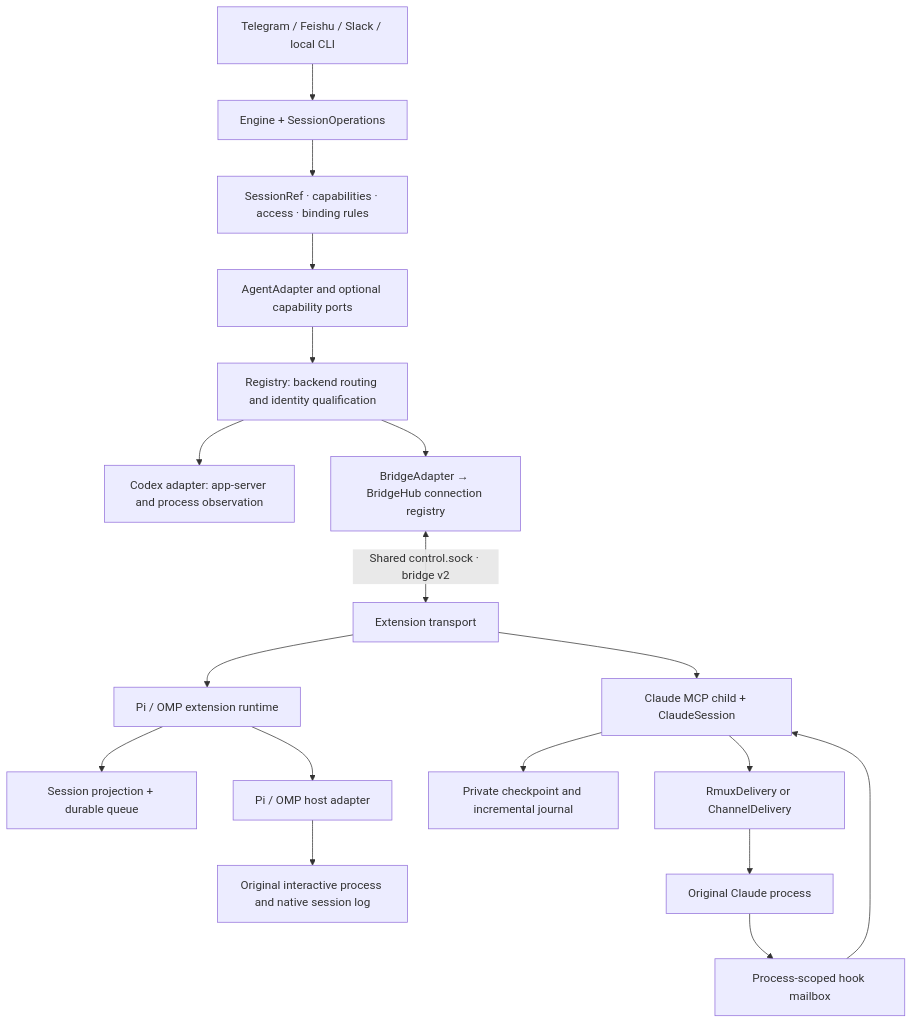
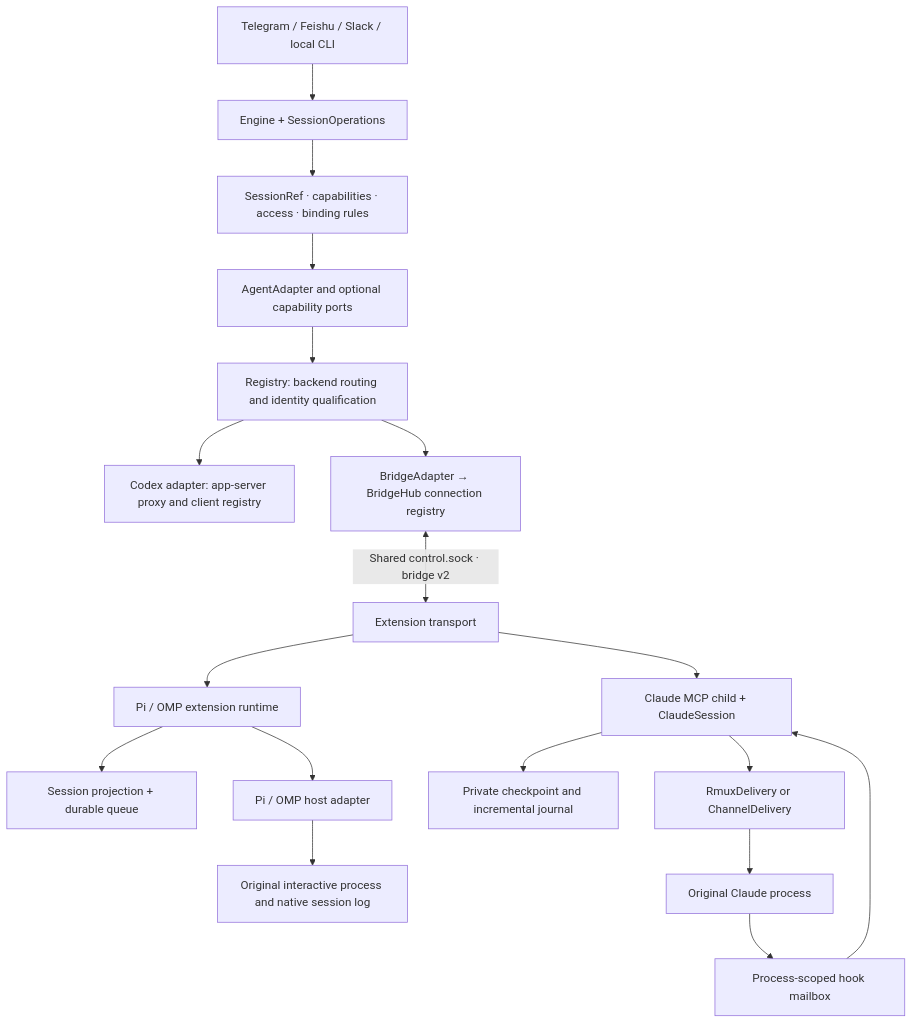
The second of 4 diagrams in docs/architecture.md (tenfyzhong/agentix), drawn with Mermaid before and after one commit. The commit also changed other lines of this file and 49 other files, not shown here.

First line of the commit message:
fix: track active Codex sessions through a transparent proxy

````diff
--- a/docs/architecture.md
+++ b/docs/architecture.md
@@ -74,20 +74,20 @@
 ```mermaid
 flowchart TB
     UI["Telegram / Feishu / Slack / local CLI"] --> APP["Engine + SessionOperations"]
     APP --> DOMAIN["SessionRef · capabilities · access · binding rules"]
     DOMAIN --> PORTS["AgentAdapter and optional capability ports"]
     PORTS --> REG["Registry: backend routing and identity qualification"]
-    REG --> CODEX["Codex adapter: app-server and process observation"]
+    REG --> CODEX["Codex adapter: app-server proxy and client registry"]
     REG --> BRIDGE["BridgeAdapter → BridgeHub connection registry"]
     BRIDGE <-->|"Shared control.sock · bridge v2"| TRANSPORT["Extension transport"]
     TRANSPORT --> RUNTIME["Pi / OMP extension runtime"]
     RUNTIME --> STATE["Session projection + durable queue"]
     RUNTIME --> HOST["Pi / OMP host adapter"]
     HOST --> NATIVE["Original interactive process and native session log"]
     TRANSPORT --> CLAUDE["Claude MCP child + ClaudeSession"]
     CLAUDE --> STORE["Private checkpoint and incremental journal"]
     CLAUDE --> INPUT["RmuxDelivery or ChannelDelivery"]
     INPUT --> CC["Original Claude process"]
     CC --> HOOKS["Process-scoped hook mailbox"]
     HOOKS --> CLAUDE
 ```
````
